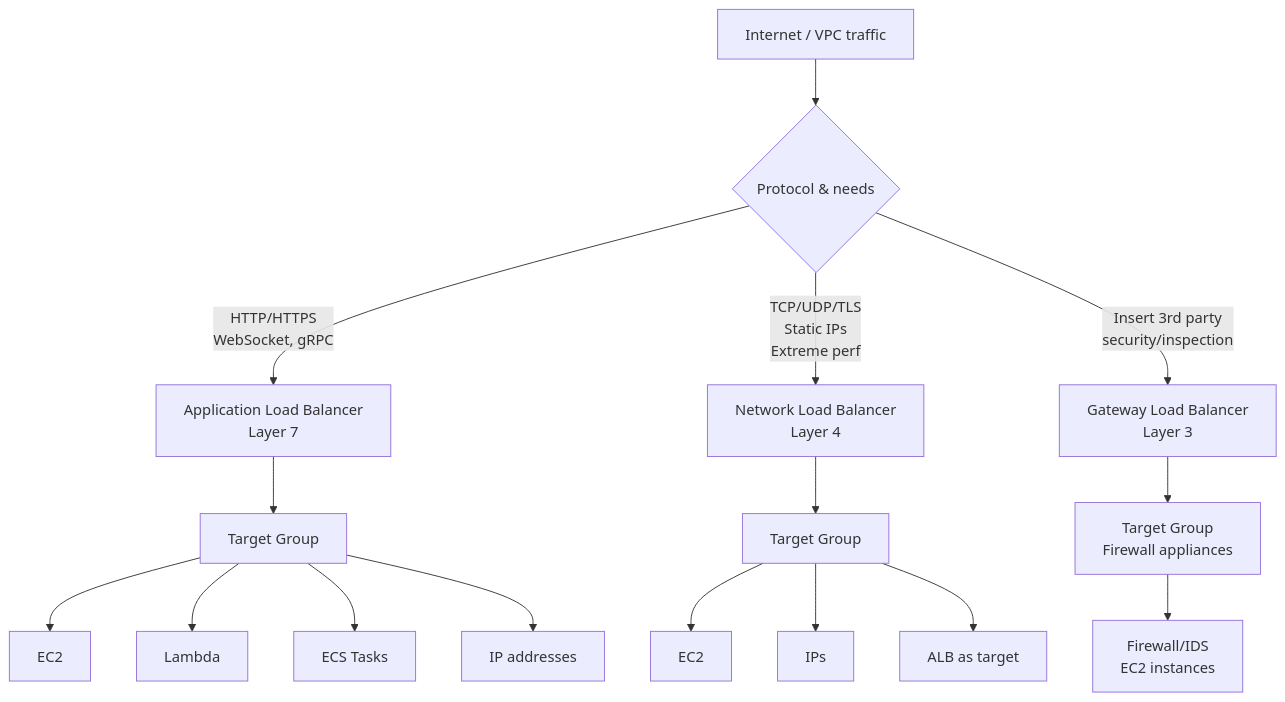
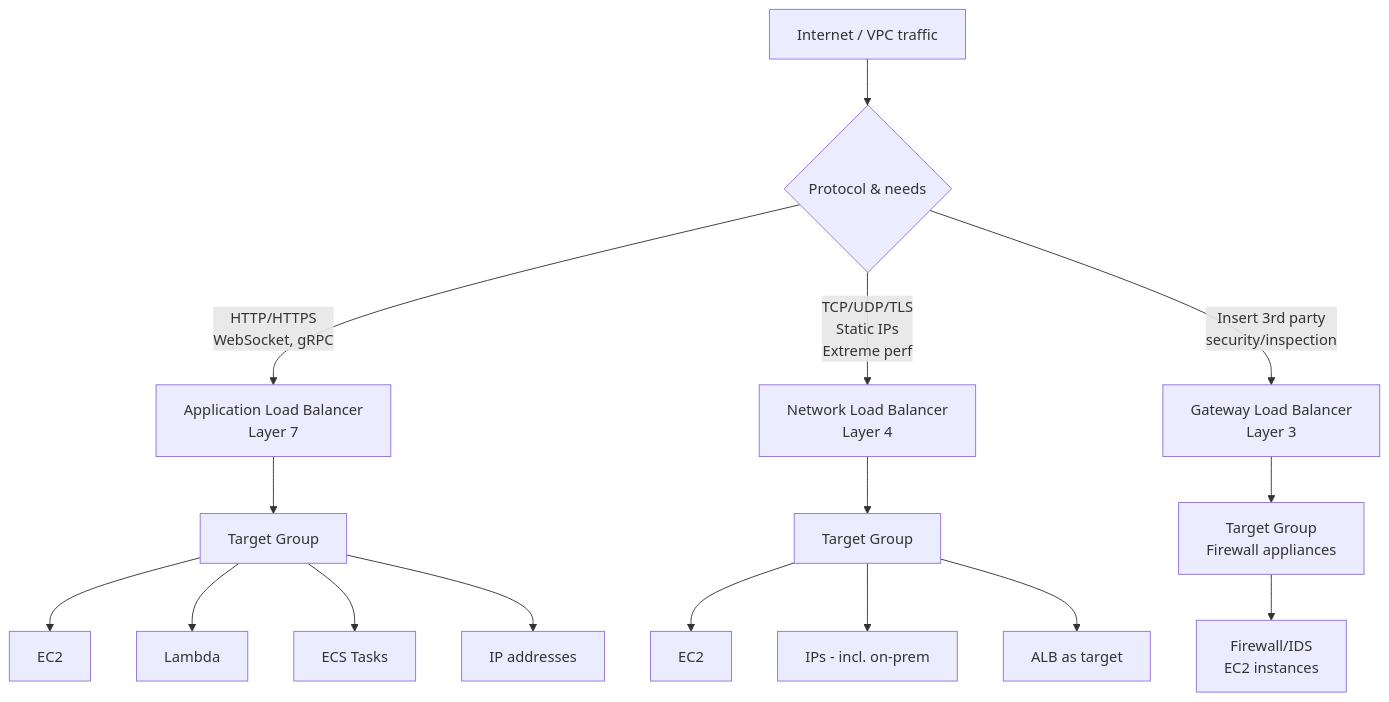
The first of 6 diagrams in AWS-SAP-C02-Study-Notes/03-Compute-Storage/04-elb-types.md (vijayclarion/architecturestudy), drawn with Mermaid before and after one commit. The commit also changed other lines of this file and 119 other files, not shown here.

````diff
--- a/AWS-SAP-C02-Study-Notes/03-Compute-Storage/04-elb-types.md
+++ b/AWS-SAP-C02-Study-Notes/03-Compute-Storage/04-elb-types.md
@@ -10,25 +15,25 @@
 ```mermaid
 graph TD
     INTERNET[Internet / VPC traffic]
-    
+
     INTERNET --> CHOICE{Protocol & needs}
-    
+
     CHOICE -->|HTTP/HTTPS<br/>WebSocket, gRPC| ALB[Application Load Balancer<br/>Layer 7]
     CHOICE -->|TCP/UDP/TLS<br/>Static IPs<br/>Extreme perf| NLB[Network Load Balancer<br/>Layer 4]
     CHOICE -->|Insert 3rd party<br/>security/inspection| GWLB[Gateway Load Balancer<br/>Layer 3]
-    
+
     ALB --> TG1[Target Group]
     NLB --> TG2[Target Group]
     GWLB --> TG3[Target Group<br/>Firewall appliances]
-    
+
     TG1 --> EC2A[EC2]
     TG1 --> LAMBDA[Lambda]
     TG1 --> ECS[ECS Tasks]
     TG1 --> IP[IP addresses]
-    
+
     TG2 --> EC2B[EC2]
-    TG2 --> IPB[IPs]
+    TG2 --> IPB[IPs - incl. on-prem]
     TG2 --> ALBE[ALB as target]
-    
+
     TG3 --> APPLIANCE[Firewall/IDS<br/>EC2 instances]
 ```
````
